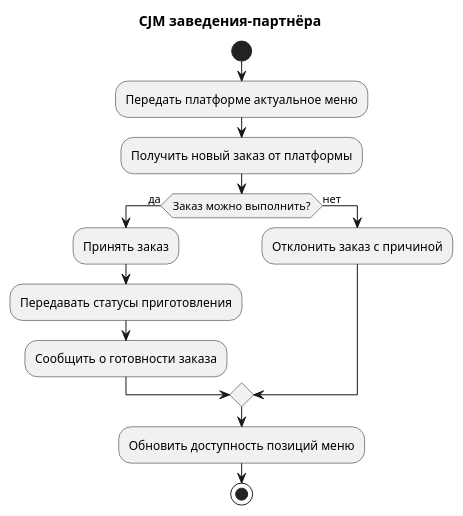
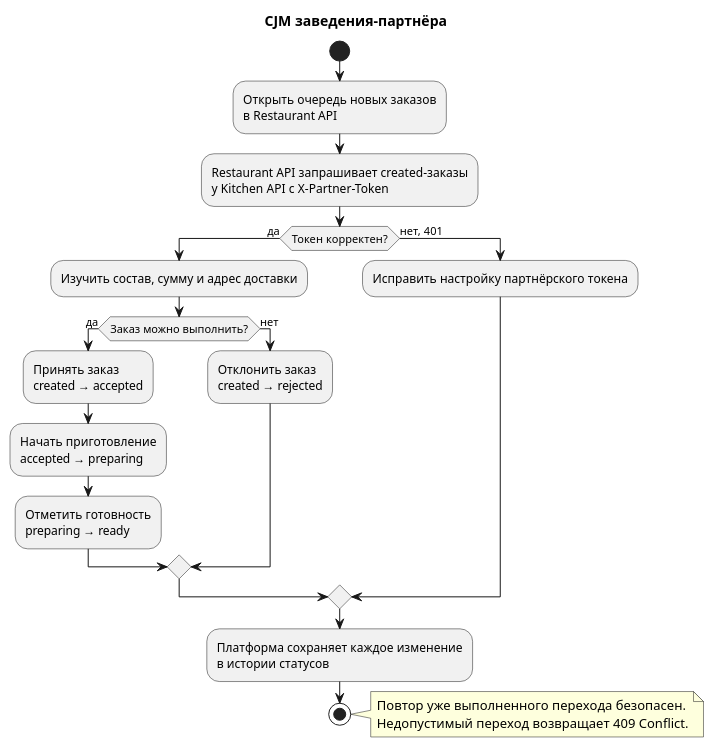
One commit to khushdil1201/avito_kitchen changed the diagram in docs/cjm-restaurant.puml. Above: the diagram before and after it, drawn with PlantUML. The commit also changed 6 other files, not shown here.

Commit message:
docs: align architecture diagrams with implementation

```diff
--- a/docs/cjm-restaurant.puml
+++ b/docs/cjm-restaurant.puml
@@ -1,16 +1,28 @@
 @startuml cjm_restaurant
 title CJM заведения-партнёра
 
 start
-:Передать платформе актуальное меню;
-:Получить новый заказ от платформы;
-if (Заказ можно выполнить?) then (да)
-  :Принять заказ;
-  :Передавать статусы приготовления;
-  :Сообщить о готовности заказа;
-else (нет)
-  :Отклонить заказ с причиной;
+:Открыть очередь новых заказов\nв Restaurant API;
+:Restaurant API запрашивает created-заказы\nу Kitchen API с X-Partner-Token;
+
+if (Токен корректен?) then (да)
+  :Изучить состав, сумму и адрес доставки;
+  if (Заказ можно выполнить?) then (да)
+    :Принять заказ\ncreated → accepted;
+    :Начать приготовление\naccepted → preparing;
+    :Отметить готовность\npreparing → ready;
+  else (нет)
+    :Отклонить заказ\ncreated → rejected;
+  endif
+else (нет, 401)
+  :Исправить настройку партнёрского токена;
 endif
-:Обновить доступность позиций меню;
+
+:Платформа сохраняет каждое изменение\nв истории статусов;
 stop
+
+note right
+  Повтор уже выполненного перехода безопасен.
+  Недопустимый переход возвращает 409 Conflict.
+end note
 @enduml
```
